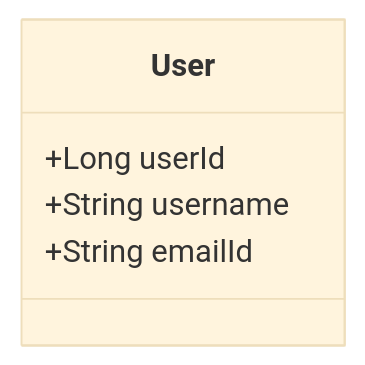
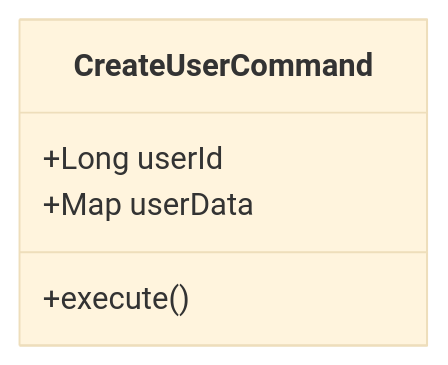
One commit to viswarajramji/user changed the second of 9 diagrams in readme.md. Above: the diagram before and after it, drawn with Mermaid (base theme). The commit also changed other lines of this file, not shown here.

````diff
--- a/readme.md
+++ b/readme.md
@@ -62,8 +68,8 @@
 ```mermaid
 classDiagram
-    class User {
+    class CreateUserCommand {
         +Long userId
-        +String username
-        +String emailId
+        +Map userData
+        +execute()
     }
 ```
````
